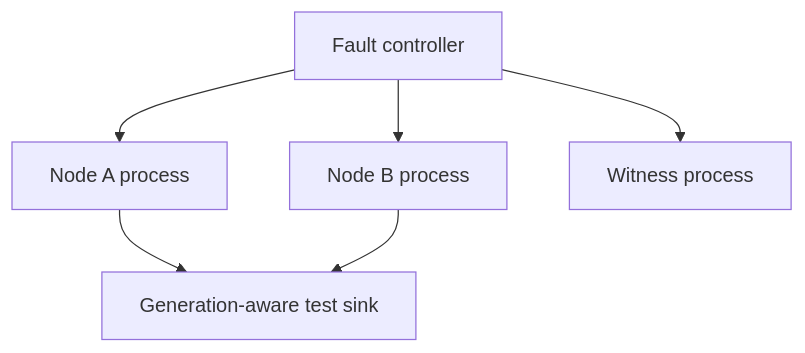
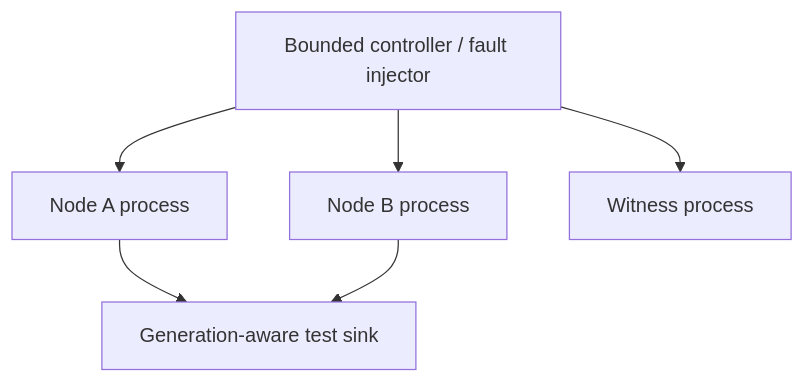
One commit to happyaspic-byte/quorumarc changed the first of 2 diagrams in docs/LAB_SETUP.md. Above: the diagram before and after it, drawn with Mermaid. The commit also changed other lines of this file and 16 other files, not shown here.

````diff
--- a/docs/LAB_SETUP.md
+++ b/docs/LAB_SETUP.md
@@ -24,8 +25,8 @@
 ```mermaid
 flowchart TD
-    T["Fault controller"] --> A["Node A process"]
+    T["Bounded controller / fault injector"] --> A["Node A process"]
     T --> B["Node B process"]
     T --> W["Witness process"]
     A --> S["Generation-aware test sink"]
     B --> S
 ```
````
